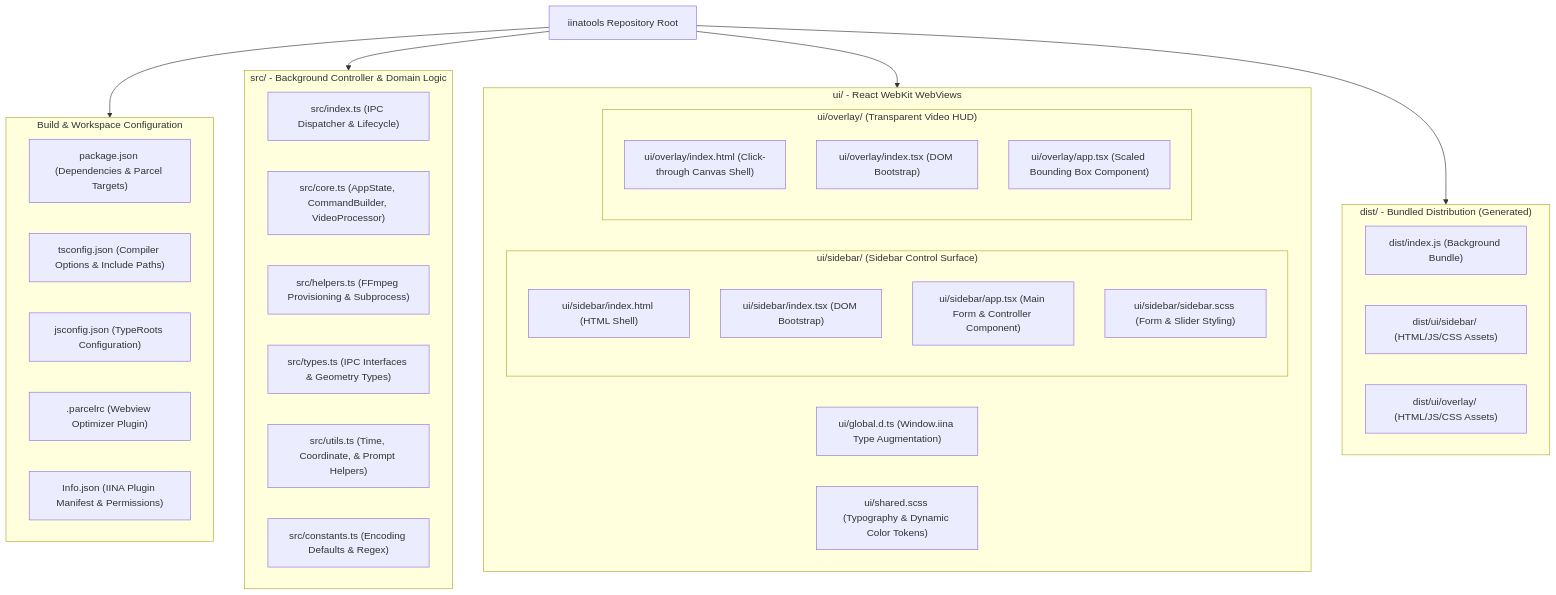
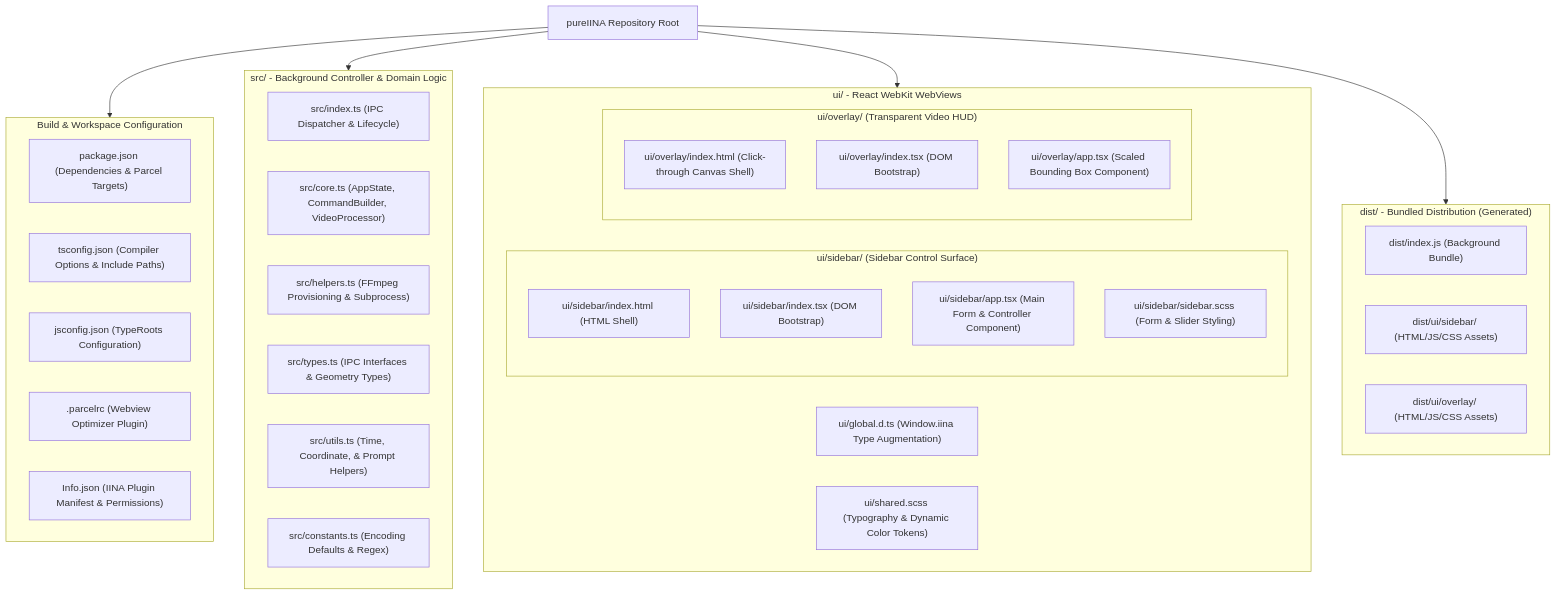
The first of 7 diagrams in ARCHITECTURE.md (samliburd/pureIINA), drawn with Mermaid before and after one commit. The commit also changed other lines of this file and 12 other files, not shown here.

Commit message:
Rename plugin to pureIINA and update documentation references

````diff
--- a/ARCHITECTURE.md
+++ b/ARCHITECTURE.md
@@ -42,50 +42,50 @@
 ```mermaid
 graph TD
-    Root["iinatools Repository Root"]
+    Root["pureIINA Repository Root"]
 
     subgraph ConfigFiles["Build & Workspace Configuration"]
         PkgJson["package.json (Dependencies & Parcel Targets)"]
         TsConfig["tsconfig.json (Compiler Options & Include Paths)"]
         JsConfig["jsconfig.json (TypeRoots Configuration)"]
         ParcelRc[".parcelrc (Webview Optimizer Plugin)"]
         Manifest["Info.json (IINA Plugin Manifest & Permissions)"]
     end
 
     subgraph CoreBackend["src/ - Background Controller & Domain Logic"]
         SrcIndex["src/index.ts (IPC Dispatcher & Lifecycle)"]
         SrcCore["src/core.ts (AppState, CommandBuilder, VideoProcessor)"]
         SrcHelpers["src/helpers.ts (FFmpeg Provisioning & Subprocess)"]
         SrcTypes["src/types.ts (IPC Interfaces & Geometry Types)"]
         SrcUtils["src/utils.ts (Time, Coordinate, & Prompt Helpers)"]
         SrcConstants["src/constants.ts (Encoding Defaults & Regex)"]
     end
 
     subgraph FrontendSurfaces["ui/ - React WebKit WebViews"]
         GlobalDts["ui/global.d.ts (Window.iina Type Augmentation)"]
         SharedScss["ui/shared.scss (Typography & Dynamic Color Tokens)"]
 
         subgraph SidebarView["ui/sidebar/ (Sidebar Control Surface)"]
             SideHtml["ui/sidebar/index.html (HTML Shell)"]
             SideIndex["ui/sidebar/index.tsx (DOM Bootstrap)"]
             SideApp["ui/sidebar/app.tsx (Main Form & Controller Component)"]
             SideScss["ui/sidebar/sidebar.scss (Form & Slider Styling)"]
         end
 
         subgraph OverlayView["ui/overlay/ (Transparent Video HUD)"]
             OverHtml["ui/overlay/index.html (Click-through Canvas Shell)"]
             OverIndex["ui/overlay/index.tsx (DOM Bootstrap)"]
             OverApp["ui/overlay/app.tsx (Scaled Bounding Box Component)"]
         end
     end
 
     subgraph BuildArtifacts["dist/ - Bundled Distribution (Generated)"]
         DistIndex["dist/index.js (Background Bundle)"]
         DistSidebar["dist/ui/sidebar/ (HTML/JS/CSS Assets)"]
         DistOverlay["dist/ui/overlay/ (HTML/JS/CSS Assets)"]
     end
 
     Root --> ConfigFiles
     Root --> CoreBackend
     Root --> FrontendSurfaces
     Root --> BuildArtifacts
 ```
````
